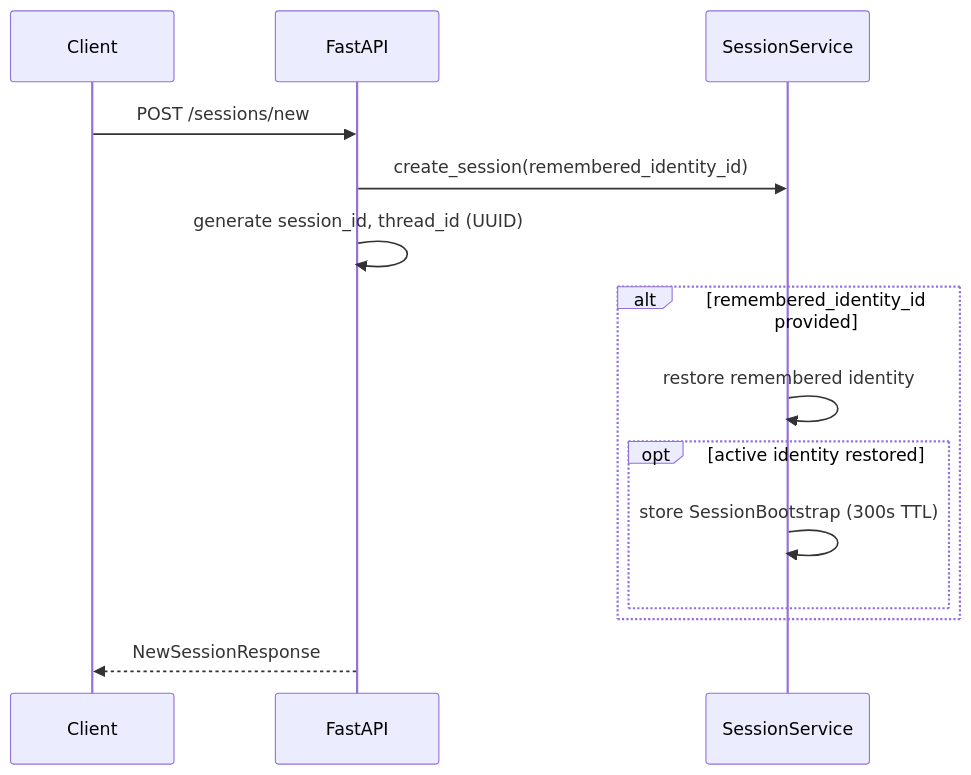
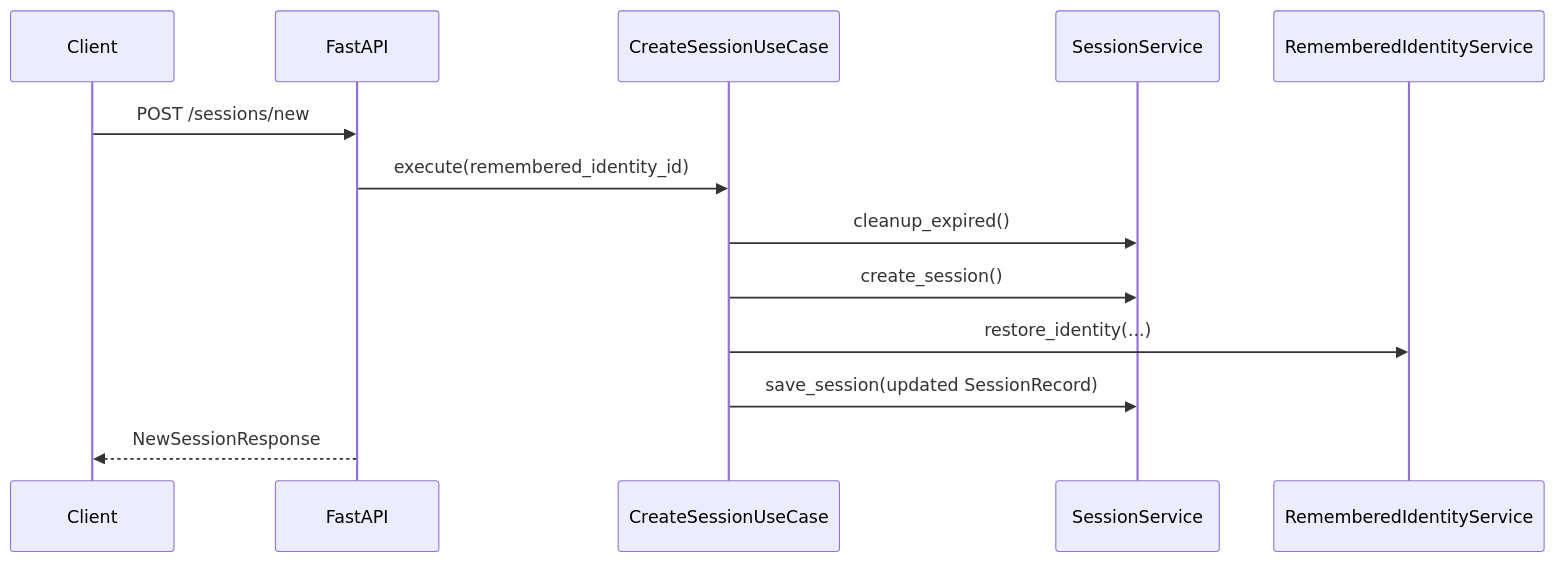
The third of 4 diagrams in docs/architecture.md (ktakanopy/appointment-bot), drawn with Mermaid before and after one commit. The commit also changed other lines of this file and 85 other files, not shown here.

````diff
--- a/docs/architecture.md
+++ b/docs/architecture.md
@@ -135,17 +136,16 @@
 ```mermaid
 sequenceDiagram
-  participant C as Client
-  participant API as FastAPI
-  participant SS as SessionService
+    participant client as Client
+    participant api as FastAPI
+    participant uc as CreateSessionUseCase
+    participant sessionSvc as SessionService
+    participant identitySvc as RememberedIdentityService
 
-  C->>API: POST /sessions/new
-  API->>SS: create_session(remembered_identity_id)
-  API->>API: generate session_id, thread_id (UUID)
-  alt remembered_identity_id provided
-    SS->>SS: restore remembered identity
-    opt active identity restored
-      SS->>SS: store SessionBootstrap (300s TTL)
-    end
-  end
-  API-->>C: NewSessionResponse
+    client->>api: POST /sessions/new
+    api->>uc: execute(remembered_identity_id)
+    uc->>sessionSvc: cleanup_expired()
+    uc->>sessionSvc: create_session()
+    uc->>identitySvc: restore_identity(...)
+    uc->>sessionSvc: save_session(updated SessionRecord)
+    api-->>client: NewSessionResponse
 ```
````
